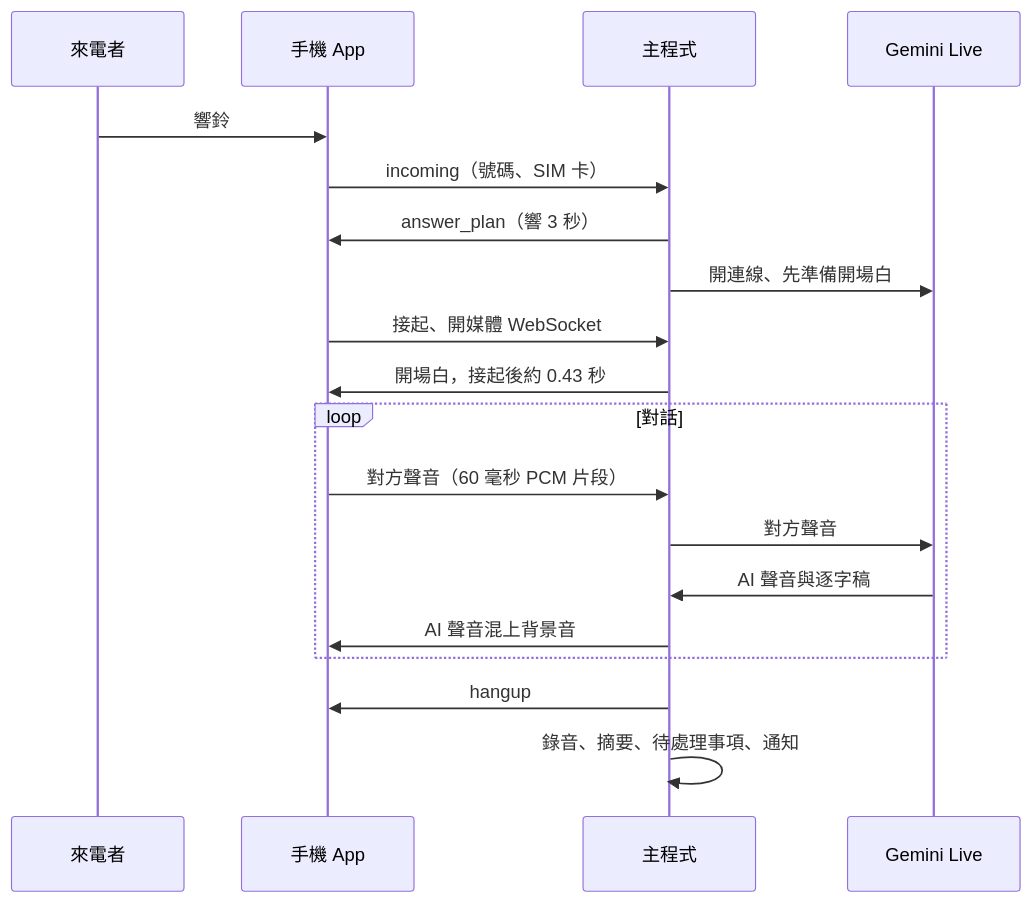
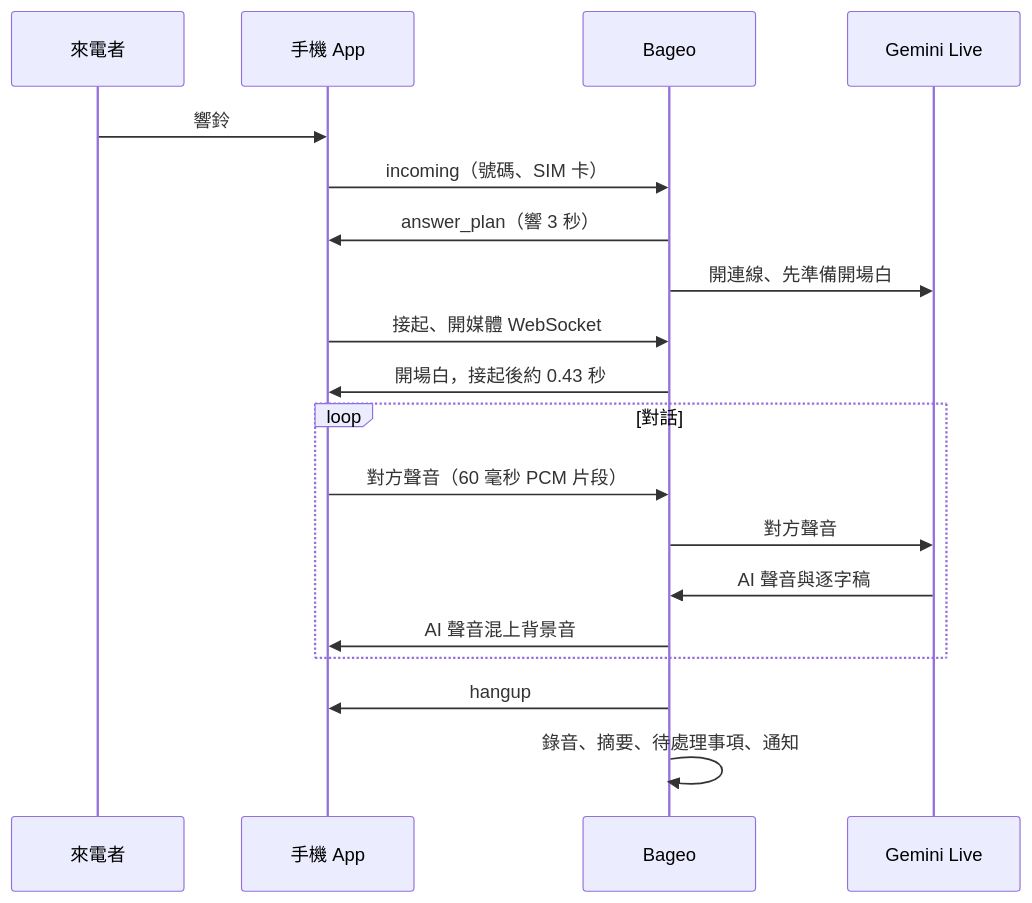
The second of 2 diagrams in docs/zh-TW/ARCHITECTURE.md (h4lo-void/bageo-call), drawn with Mermaid before and after one commit. The commit also changed other lines of this file and 35 other files, not shown here.

````diff
--- a/docs/zh-TW/ARCHITECTURE.md
+++ b/docs/zh-TW/ARCHITECTURE.md
@@ -69,21 +69,21 @@
 ```mermaid
 sequenceDiagram
     participant C as 來電者
     participant P as 手機 App
-    participant A as 主程式
+    participant A as Bageo
     participant G as Gemini Live
     C->>P: 響鈴
     P->>A: incoming（號碼、SIM 卡）
     A->>P: answer_plan（響 3 秒）
     A->>G: 開連線、先準備開場白
     P->>A: 接起、開媒體 WebSocket
     A->>P: 開場白，接起後約 0.43 秒
     loop 對話
         P->>A: 對方聲音（60 毫秒 PCM 片段）
         A->>G: 對方聲音
         G->>A: AI 聲音與逐字稿
         A->>P: AI 聲音混上背景音
     end
     A->>P: hangup
     A->>A: 錄音、摘要、待處理事項、通知
 ```
````
